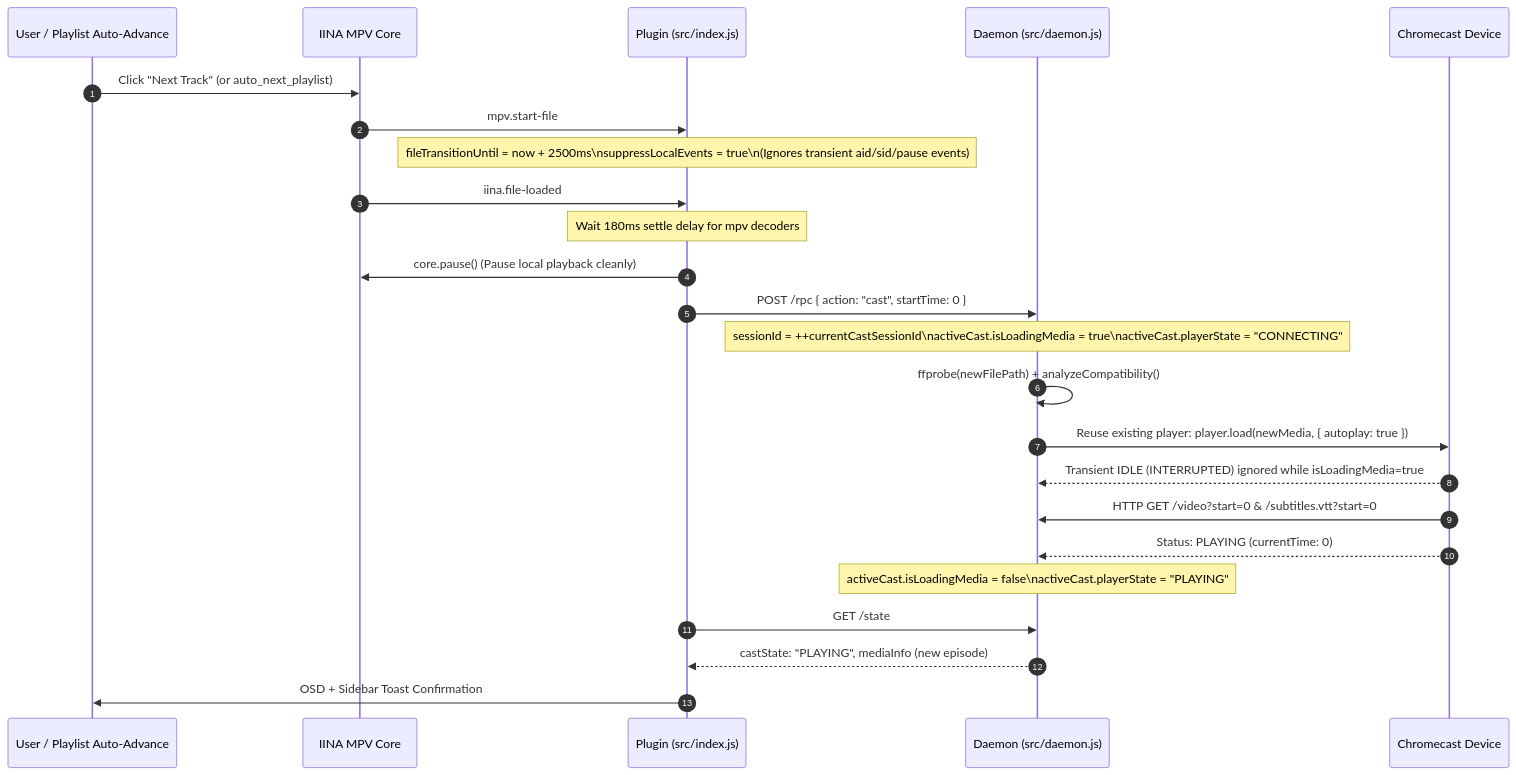
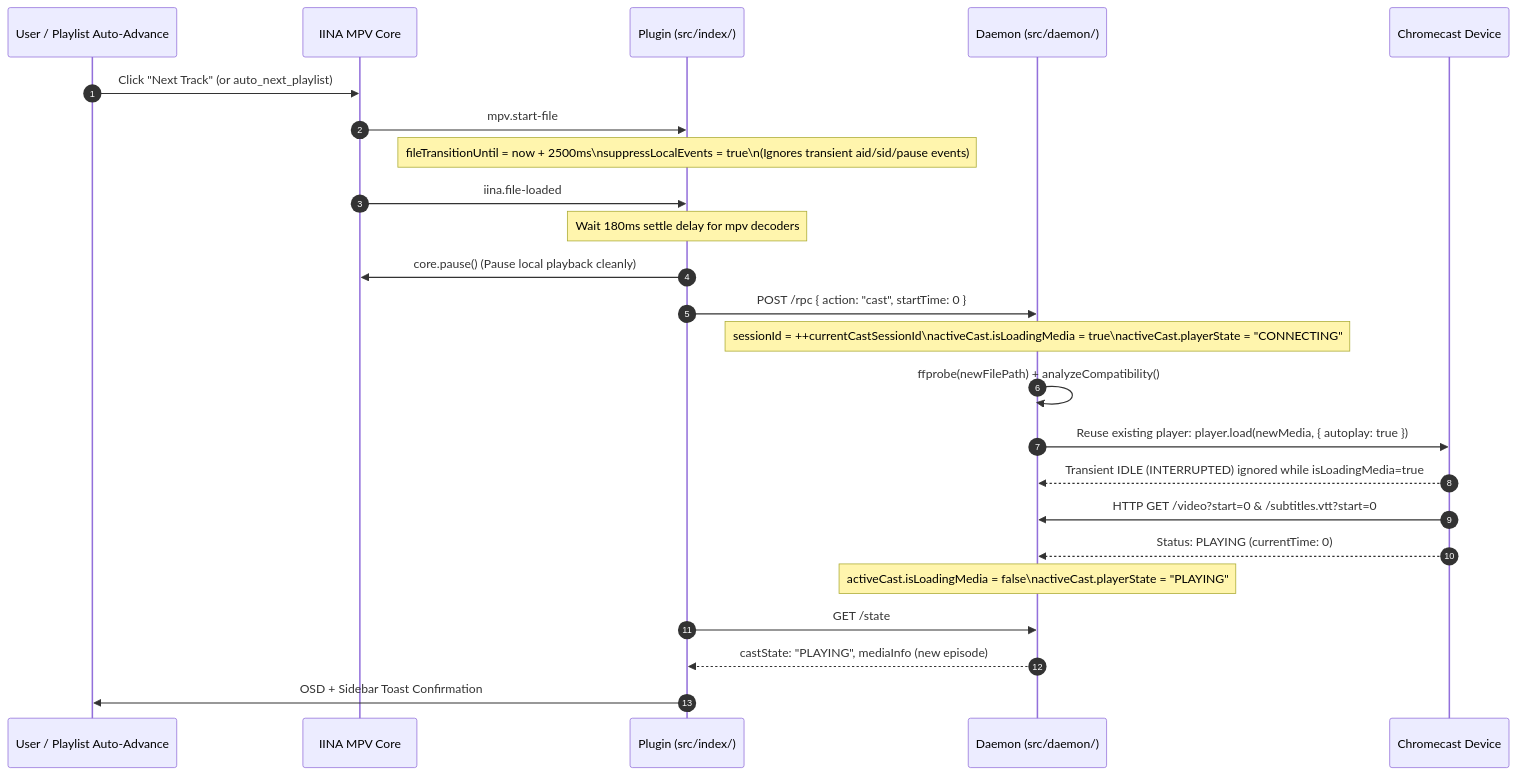
The fourth of 4 diagrams in docs/ARCHITECTURE.md (julienperrault/iina-chromecast), drawn with Mermaid before and after one commit. The commit also changed other lines of this file and 23 other files, not shown here.

````diff
--- a/docs/ARCHITECTURE.md
+++ b/docs/ARCHITECTURE.md
@@ -129,27 +129,27 @@
 ```mermaid
 sequenceDiagram
   autonumber
   participant User as User / Playlist Auto-Advance
   participant MPV as IINA MPV Core
-  participant Index as Plugin (src/index.js)
-  participant Daemon as Daemon (src/daemon.js)
+  participant Index as Plugin (src/index/)
+  participant Daemon as Daemon (src/daemon/)
   participant Cast as Chromecast Device
 
   User->>MPV: Click "Next Track" (or auto_next_playlist)
   MPV->>Index: mpv.start-file
   Note over Index: fileTransitionUntil = now + 2500ms\nsuppressLocalEvents = true\n(Ignores transient aid/sid/pause events)
   MPV->>Index: iina.file-loaded
   Note over Index: Wait 180ms settle delay for mpv decoders
   Index->>MPV: core.pause() (Pause local playback cleanly)
   Index->>Daemon: POST /rpc { action: "cast", startTime: 0 }
   Note over Daemon: sessionId = ++currentCastSessionId\nactiveCast.isLoadingMedia = true\nactiveCast.playerState = "CONNECTING"
   Daemon->>Daemon: ffprobe(newFilePath) + analyzeCompatibility()
   Daemon->>Cast: Reuse existing player: player.load(newMedia, { autoplay: true })
   Cast-->>Daemon: Transient IDLE (INTERRUPTED) ignored while isLoadingMedia=true
   Cast->>Daemon: HTTP GET /video?start=0 & /subtitles.vtt?start=0
   Cast-->>Daemon: Status: PLAYING (currentTime: 0)
   Note over Daemon: activeCast.isLoadingMedia = false\nactiveCast.playerState = "PLAYING"
   Index->>Daemon: GET /state
   Daemon-->>Index: castState: "PLAYING", mediaInfo (new episode)
   Index->>User: OSD + Sidebar Toast Confirmation
 ```
````
